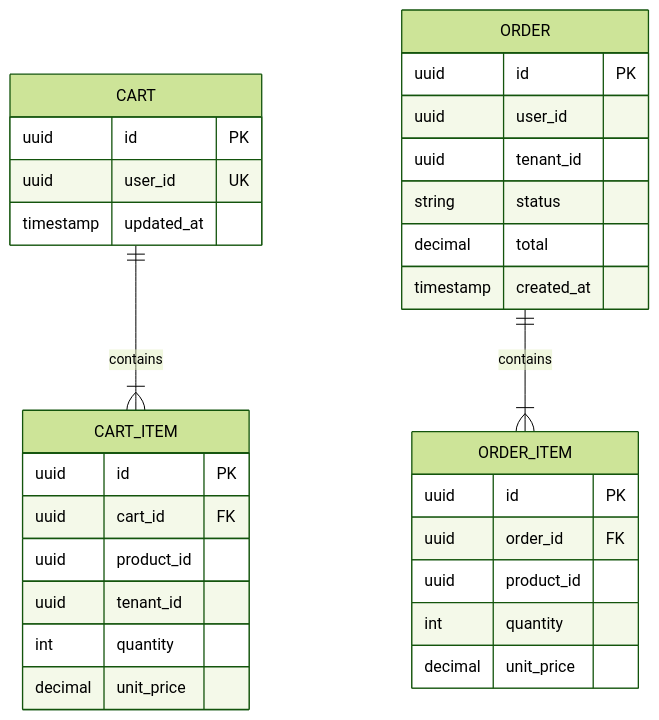
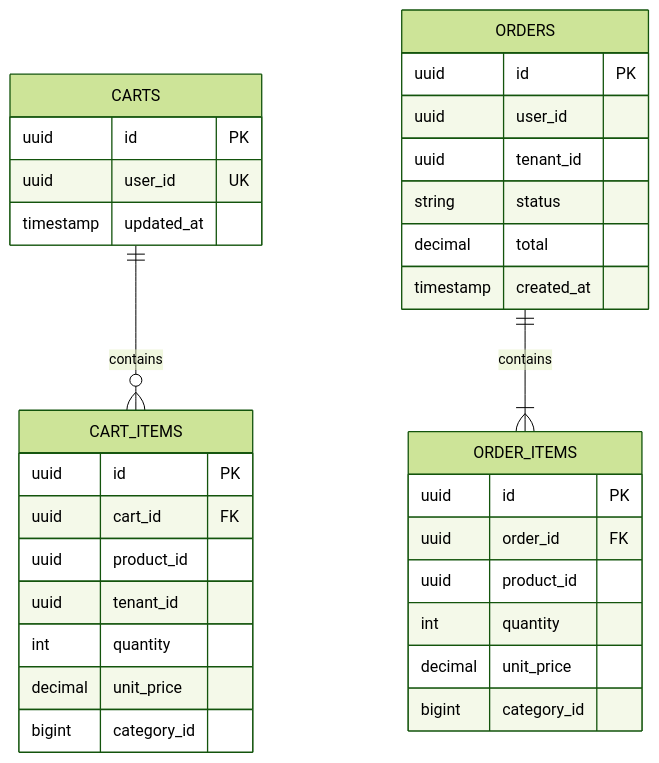
One commit to stefann5/marketplace changed the diagram in diagrams/order-service/er-diagram.md. Above: the diagram before and after it, drawn with Mermaid (forest theme). The commit also changed 13 other files, not shown here.

````diff
--- a/diagrams/order-service/er-diagram.md
+++ b/diagrams/order-service/er-diagram.md
@@ -3,37 +3,39 @@
 ```mermaid
 erDiagram
-    CART {
+    CARTS {
         uuid id PK
         uuid user_id UK
         timestamp updated_at
     }
 
-    CART_ITEM {
+    CART_ITEMS {
         uuid id PK
         uuid cart_id FK
         uuid product_id
         uuid tenant_id
         int quantity
         decimal unit_price
+        bigint category_id
     }
 
-    ORDER {
+    ORDERS {
         uuid id PK
         uuid user_id
         uuid tenant_id
         string status
         decimal total
         timestamp created_at
     }
 
-    ORDER_ITEM {
+    ORDER_ITEMS {
         uuid id PK
         uuid order_id FK
         uuid product_id
         int quantity
         decimal unit_price
+        bigint category_id
     }
 
-    CART ||--|{ CART_ITEM : "contains"
-    ORDER ||--|{ ORDER_ITEM : "contains"
+    CARTS ||--o{ CART_ITEMS : "contains"
+    ORDERS ||--|{ ORDER_ITEMS : "contains"
 ```
````
